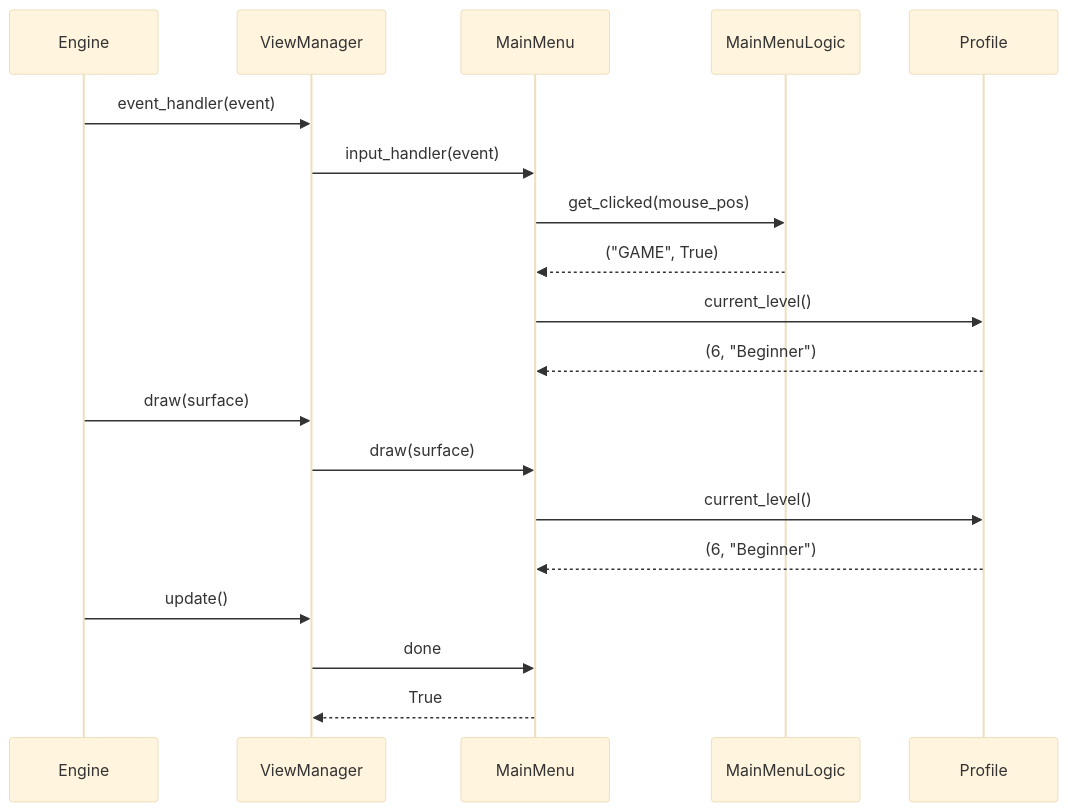
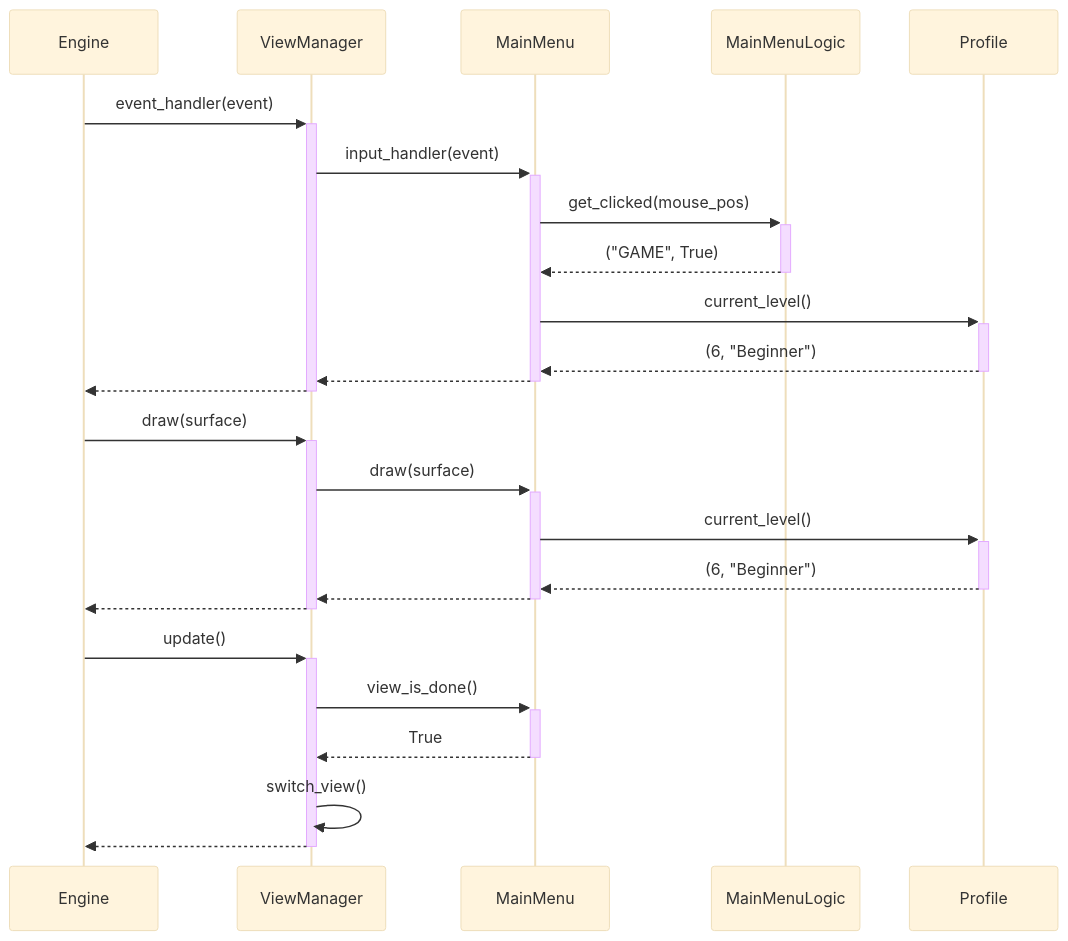
The second of 2 diagrams in dokumentaatio/arkkitehtuuri.md (samulioll/ot-harjoitustyo), drawn with Mermaid (base theme) before and after one commit. The commit also changed other lines of this file and 1 other file, not shown here.

Commit message:
edited documentation files

````diff
--- a/dokumentaatio/arkkitehtuuri.md
+++ b/dokumentaatio/arkkitehtuuri.md
@@ -40,22 +54,28 @@
 ```mermaid
     sequenceDiagram
         participant Engine
         participant ViewManager
         participant MainMenu
         participant MainMenuLogic
         participant Profile
-        Engine ->> ViewManager: event_handler(event)
-        ViewManager ->> MainMenu: input_handler(event)
-        MainMenu ->> MainMenuLogic: get_clicked(mouse_pos)
-        MainMenuLogic -->> MainMenu: ("GAME", True)
-        MainMenu ->> Profile: current_level()
-        Profile -->> MainMenu: (6, "Beginner")
-        Engine ->> ViewManager: draw(surface)
-        ViewManager ->> MainMenu: draw(surface)
-        MainMenu ->> Profile: current_level()
-        Profile -->> MainMenu: (6, "Beginner")
-        Engine ->> ViewManager: update()
-        ViewManager ->> MainMenu: done
-        MainMenu -->> ViewManager: True
+        Engine ->>+ ViewManager: event_handler(event)
+        ViewManager ->>+ MainMenu: input_handler(event)
+        MainMenu ->> +MainMenuLogic: get_clicked(mouse_pos)
+        MainMenuLogic -->>- MainMenu: ("GAME", True)
+        MainMenu ->>+ Profile: current_level()
+        Profile -->>- MainMenu: (6, "Beginner")
+        MainMenu -->>- ViewManager: 
+        ViewManager -->>- Engine: 
+        Engine ->>+ ViewManager: draw(surface)
+        ViewManager ->>+ MainMenu: draw(surface)
+        MainMenu ->>+ Profile: current_level()
+        Profile -->>- MainMenu: (6, "Beginner")
+        MainMenu -->>- ViewManager: 
+        ViewManager -->>- Engine: 
+        Engine ->>+ ViewManager: update()
+        ViewManager ->>+ MainMenu: view_is_done()
+        MainMenu -->>- ViewManager: True
+        ViewManager ->> ViewManager: switch_view()
+        ViewManager -->>- Engine: 
 
 ```
````
